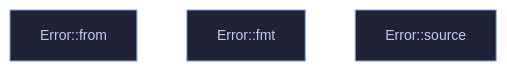
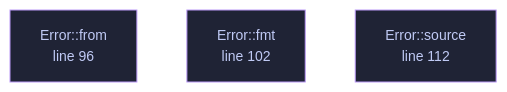
The diagram in docs/files/veilvoice-guard/lib.md (tilas01/veilvoice), drawn with Mermaid before and after one commit. The commit also changed other lines of this file and 182 other files, not shown here.

````diff
--- a/docs/files/veilvoice-guard/lib.md
+++ b/docs/files/veilvoice-guard/lib.md
@@ -84,8 +95,10 @@
 ```mermaid
 %%{init: {"theme":"base","themeVariables":{"background":"#1a1b26","primaryColor":"#1f2335","primaryTextColor":"#c0caf5","primaryBorderColor":"#7aa2f7","secondaryColor":"#16161e","tertiaryColor":"#16161e","lineColor":"#737aa2","textColor":"#c0caf5","mainBkg":"#1f2335","nodeBorder":"#7aa2f7","clusterBkg":"#16161e","clusterBorder":"#2f3549","fontFamily":"ui-monospace, SFMono-Regular, Consolas, monospace","fontSize":"14px"}}}%%
 flowchart TD
-    n_from["Error::from"]
-    n_from["Error::from"]
-    n_fmt["Error::fmt"]
-    n_source["Error::source"]
+    n_from["Error::from<br/>line 90"]
+    n_from["Error::from<br/>line 96"]
+    n_fmt["Error::fmt<br/>line 102"]
+    n_source["Error::source<br/>line 112"]
+    classDef helper fill:#1f2335,stroke:#bb9af7,color:#c0caf5
+    class n_from,n_from,n_fmt,n_source helper
 ```
````
